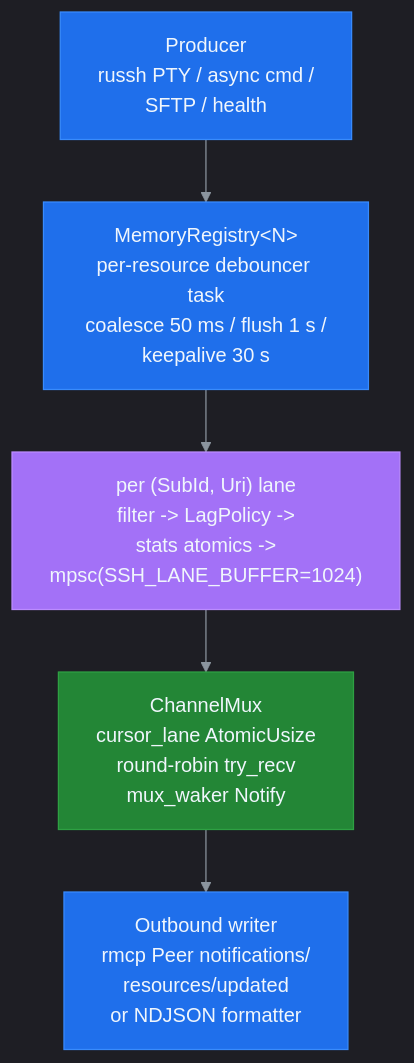
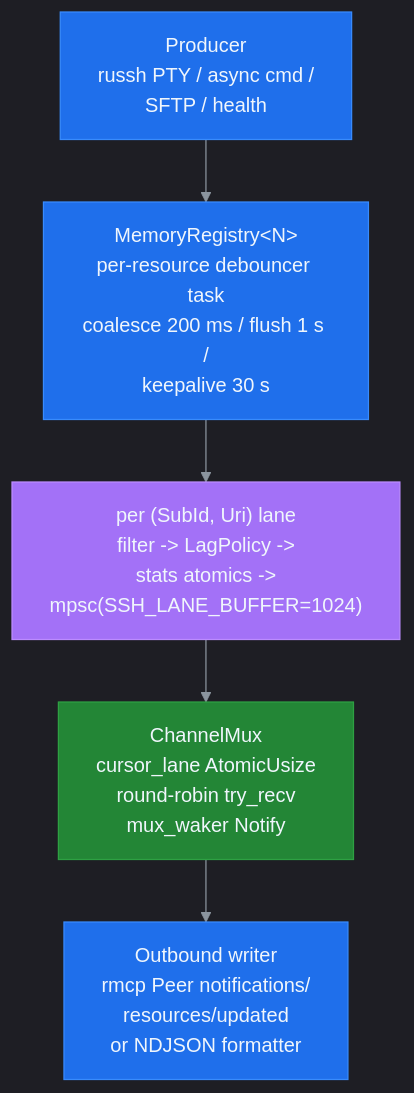
The seventh of 7 diagrams in docs/ARCHITECTURE.md (farchanjo/ssh-mcp), drawn with Mermaid before and after one commit. The commit also changed other lines of this file and 12 other files, not shown here.

````diff
--- a/docs/ARCHITECTURE.md
+++ b/docs/ARCHITECTURE.md
@@ -523,20 +523,20 @@
 ```mermaid
 %%{init: {'theme':'dark','themeVariables':{'primaryColor':'#1f6feb','primaryTextColor':'#f0f6fc','primaryBorderColor':'#388bfd','lineColor':'#8b949e','secondaryColor':'#161b22','tertiaryColor':'#21262d','background':'#0d1117','mainBkg':'#161b22','secondBkg':'#21262d','tertiaryBkg':'#0d1117','nodeTextColor':'#f0f6fc','edgeLabelBackground':'#21262d','clusterBkg':'#161b22','clusterBorder':'#30363d','titleColor':'#f0f6fc'}}}%%
 flowchart TB
     P1["Producer<br/>russh PTY / async cmd /<br/>SFTP / health"]
-    P2["MemoryRegistry&lt;N&gt;<br/>per-resource debouncer task<br/>coalesce 50 ms / flush 1 s /<br/>keepalive 30 s"]
+    P2["MemoryRegistry&lt;N&gt;<br/>per-resource debouncer task<br/>coalesce 200 ms / flush 1 s /<br/>keepalive 30 s"]
     P3["per (SubId, Uri) lane<br/>filter -> LagPolicy -><br/>stats atomics -><br/>mpsc(SSH_LANE_BUFFER=1024)"]
     P4["ChannelMux<br/>cursor_lane AtomicUsize<br/>round-robin try_recv<br/>mux_waker Notify"]
     P5["Outbound writer<br/>rmcp Peer notifications/<br/>resources/updated<br/>or NDJSON formatter"]
 
     P1 --> P2
     P2 --> P3
     P3 --> P4
     P4 --> P5
 
     style P1 fill:#1f6feb,color:#f0f6fc,stroke:#388bfd
     style P2 fill:#1f6feb,color:#f0f6fc,stroke:#388bfd
     style P3 fill:#a371f7,color:#f0f6fc,stroke:#bc8cff
     style P4 fill:#238636,color:#f0f6fc,stroke:#2ea043
     style P5 fill:#1f6feb,color:#f0f6fc,stroke:#388bfd
 ```
````
